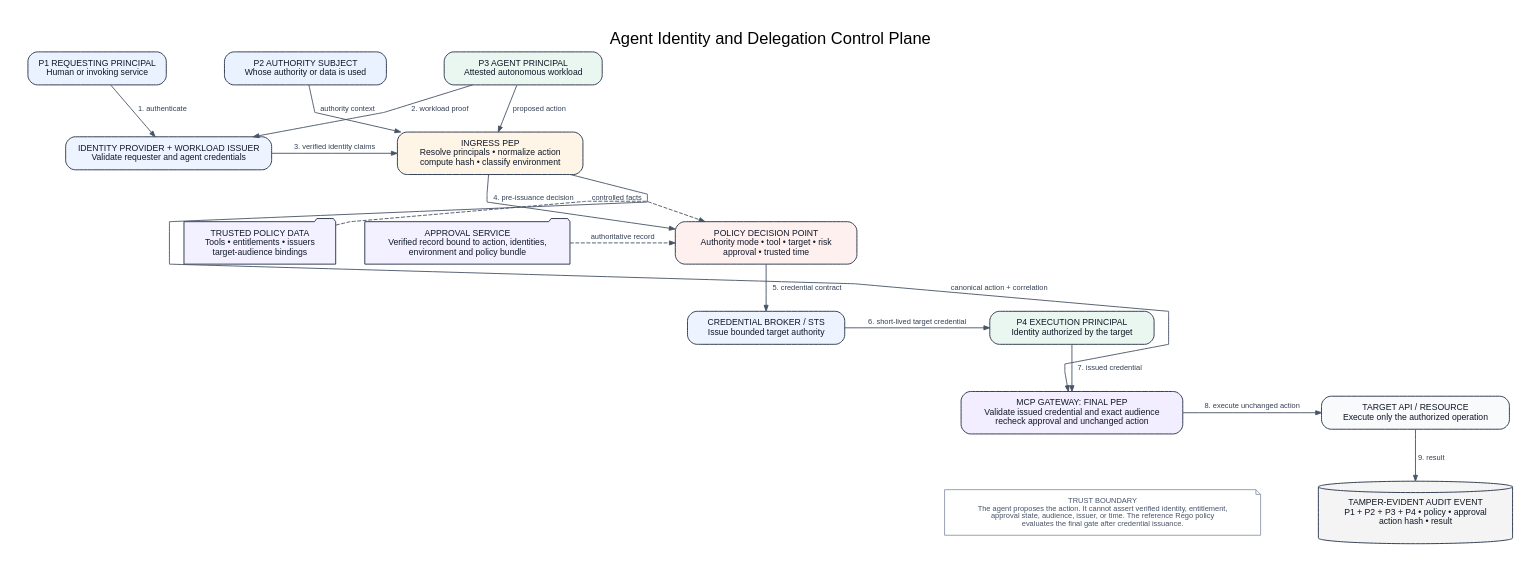
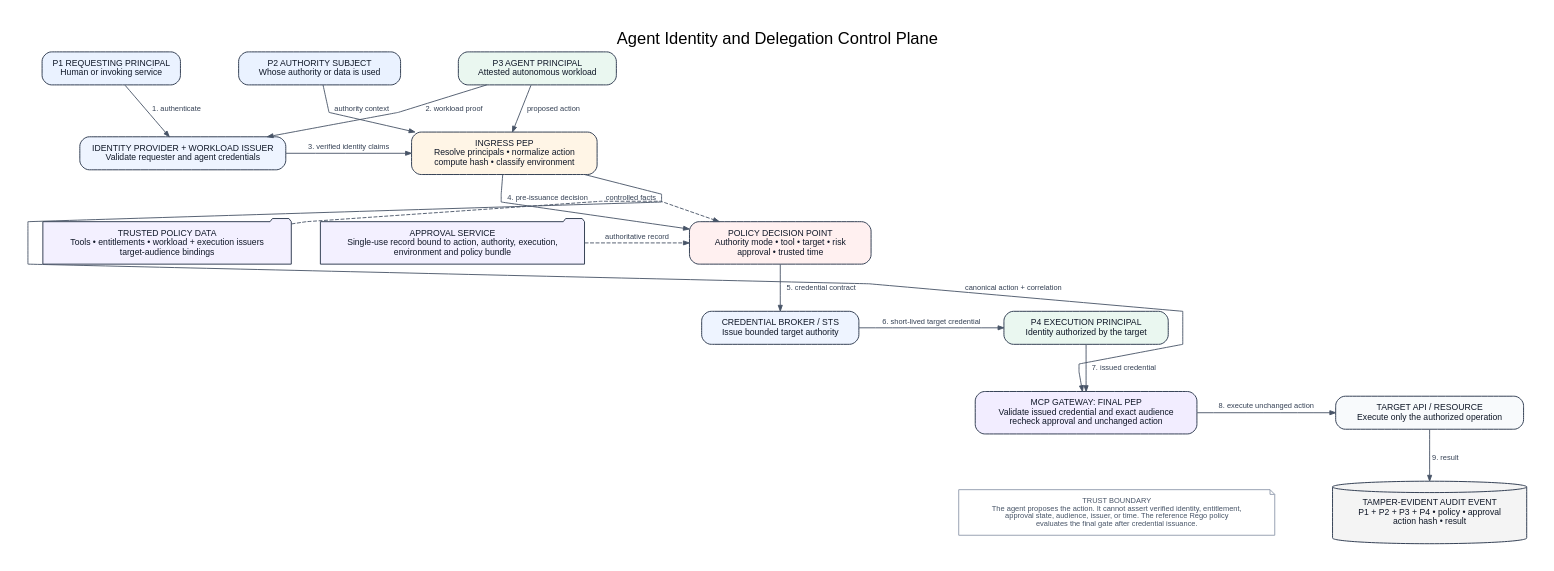
One commit to Yanofnasr/mcp-agent-identity-control-plane changed the diagram in architecture/agent-identity-control-plane.dot. Above: the diagram before and after it, drawn with Graphviz. The commit also changed 12 other files, not shown here.

```diff
--- a/architecture/agent-identity-control-plane.dot
+++ b/architecture/agent-identity-control-plane.dot
@@ -1,82 +1,82 @@
 digraph AgentIdentityControlPlane {
   graph [
     rankdir=TB,
     bgcolor="white",
     pad="0.38",
     nodesep="0.52",
     ranksep="0.68",
     splines=polyline,
     fontname="Helvetica",
     fontsize=21,
     labelloc="t",
     label="Agent Identity and Delegation Control Plane"
   ];
 
   node [
     shape=box,
     style="rounded,filled",
     fillcolor="#F8FAFC",
     color="#344054",
     penwidth=1.25,
     fontcolor="#101828",
     fontname="Helvetica",
     fontsize=11,
     margin="0.20,0.13"
   ];
 
   edge [
     color="#475467",
     fontcolor="#344054",
     fontname="Helvetica",
     fontsize=9.5,
     arrowsize=0.74,
     penwidth=1.15
   ];
 
   p1 [label="P1 REQUESTING PRINCIPAL\nHuman or invoking service", fillcolor="#EAF2FF"];
   p2 [label="P2 AUTHORITY SUBJECT\nWhose authority or data is used", fillcolor="#EAF2FF"];
   p3 [label="P3 AGENT PRINCIPAL\nAttested autonomous workload", fillcolor="#EAF7F0"];
 
   issuer [label="IDENTITY PROVIDER + WORKLOAD ISSUER\nValidate requester and agent credentials", fillcolor="#EEF4FF"];
   ingress [label="INGRESS PEP\nResolve principals • normalize action\ncompute hash • classify environment", fillcolor="#FFF5E6"];
 
-  trusted [shape=folder, label="TRUSTED POLICY DATA\nTools • entitlements • issuers\ntarget-audience bindings", fillcolor="#F3F0FF"];
+  trusted [shape=folder, label="TRUSTED POLICY DATA\nTools • entitlements • workload + execution issuers\ntarget-audience bindings", fillcolor="#F3F0FF"];
   pdp [label="POLICY DECISION POINT\nAuthority mode • tool • target • risk\napproval • trusted time", fillcolor="#FFF0F0"];
-  approvals [shape=folder, label="APPROVAL SERVICE\nVerified record bound to action, identities,\nenvironment and policy bundle", fillcolor="#F3F0FF"];
+  approvals [shape=folder, label="APPROVAL SERVICE\nSingle-use record bound to action, authority, execution,\nenvironment and policy bundle", fillcolor="#F3F0FF"];
 
   broker [label="CREDENTIAL BROKER / STS\nIssue bounded target authority", fillcolor="#EEF4FF"];
   p4 [label="P4 EXECUTION PRINCIPAL\nIdentity authorized by the target", fillcolor="#EAF7F0"];
 
   mcp [label="MCP GATEWAY: FINAL PEP\nValidate issued credential and exact audience\nrecheck approval and unchanged action", fillcolor="#F2EDFF"];
   target [label="TARGET API / RESOURCE\nExecute only the authorized operation"];
 
   audit [shape=cylinder, label="TAMPER-EVIDENT AUDIT EVENT\nP1 + P2 + P3 + P4 • policy • approval\naction hash • result", fillcolor="#F4F4F4", margin="0.24,0.15"];
   note [shape=note, label="TRUST BOUNDARY\nThe agent proposes the action. It cannot assert verified identity, entitlement,\napproval state, audience, issuer, or time. The reference Rego policy\nevaluates the final gate after credential issuance.", fillcolor="#FFFFFF", color="#98A2B3", fontcolor="#475467", fontsize=9.5];
 
   { rank=same; p1; p2; p3; }
   { rank=same; issuer; ingress; }
   { rank=same; trusted; pdp; approvals; }
   { rank=same; broker; p4; }
   { rank=same; mcp; target; }
   { rank=same; note; audit; }
 
   p1 -> p2 [style=invis, weight=100];
   p2 -> p3 [style=invis, weight=100];
   trusted -> pdp [style=dashed, label="controlled facts"];
   approvals -> pdp [style=dashed, label="authoritative record"];
 
   p1 -> issuer [label="1. authenticate"];
   p3 -> issuer [label="2. workload proof"];
   issuer -> ingress [label="3. verified identity claims"];
   p2 -> ingress [label="authority context"];
   p3 -> ingress [label="proposed action"];
 
   ingress -> pdp [label="4. pre-issuance decision"];
   pdp -> broker [label="5. credential contract"];
   broker -> p4 [label="6. short-lived target credential"];
   p4 -> mcp [label="7. issued credential"];
   ingress -> mcp [label="canonical action + correlation", constraint=false];
   mcp -> target [label="8. execute unchanged action"];
   target -> audit [label="9. result"];
   note -> audit [style=invis];
 }
```
